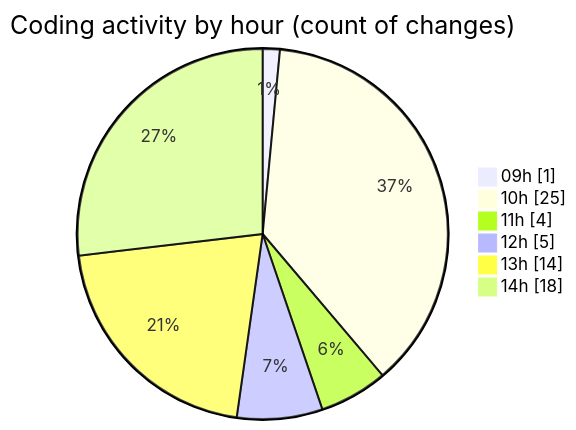
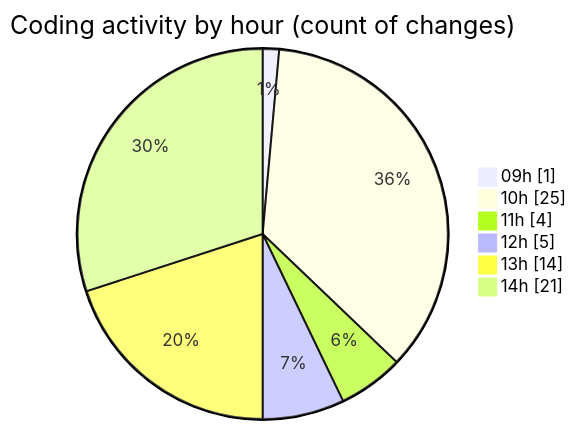
One commit to julien-gomy/code-tracking changed the second of 2 diagrams in 2025-11-17/eventscop-frontend-guide__workspace_/README.md. Above: the diagram before and after it, drawn with Mermaid. The commit also changed other lines of this file and 1 other file, not shown here.

````diff
--- a/2025-11-17/eventscop-frontend-guide__workspace_/README.md
+++ b/2025-11-17/eventscop-frontend-guide__workspace_/README.md
@@ -52,10 +52,10 @@
 ```mermaid
 pie showData
 title Coding activity by hour (count of changes)
 "09h" : 1
 "10h" : 25
 "11h" : 4
 "12h" : 5
 "13h" : 14
-"14h" : 18
+"14h" : 21
 ```
````
